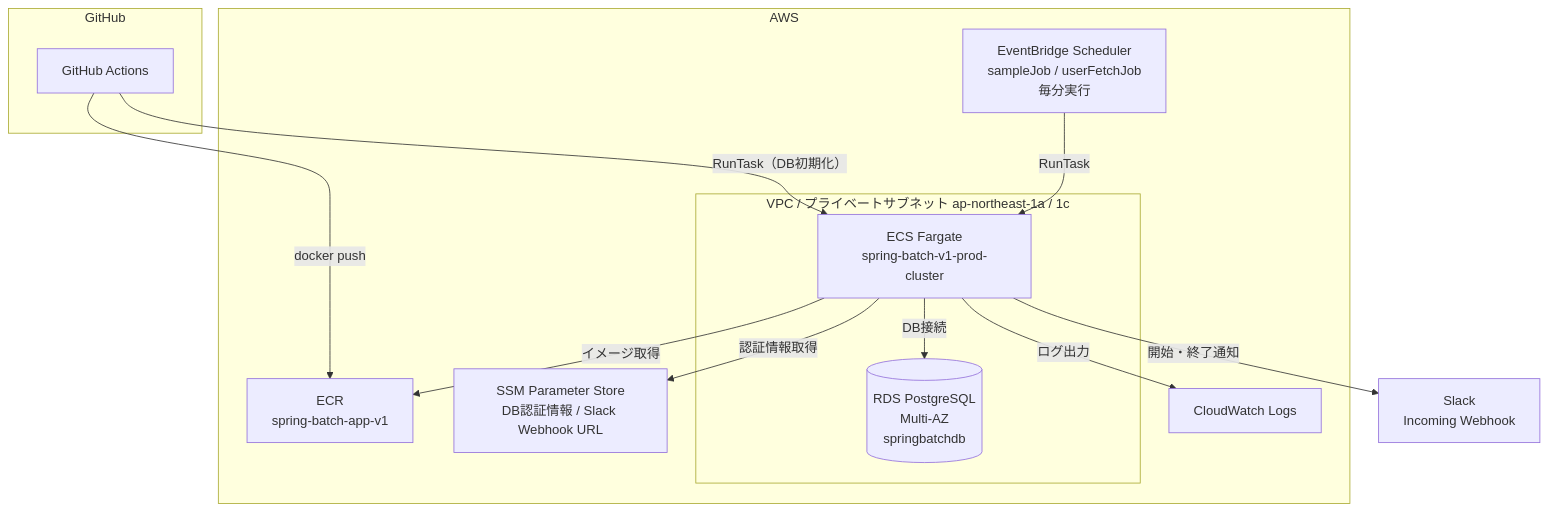
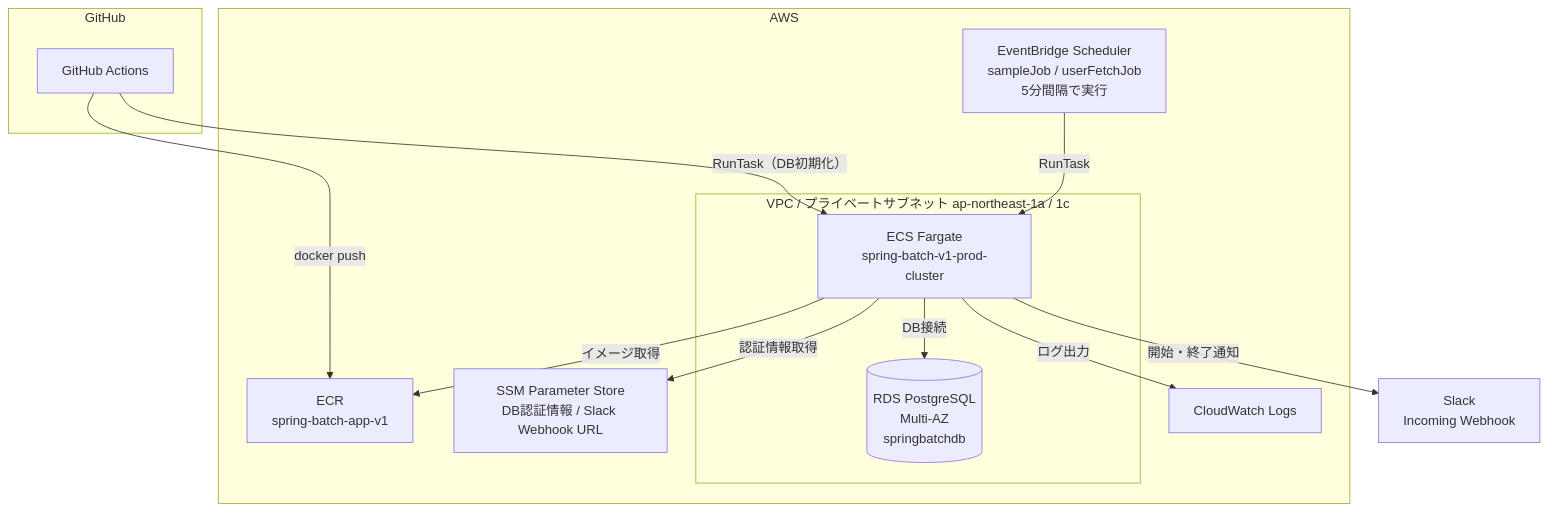
One commit to sukunahikona/spring-batch-v1-monorepo changed the diagram in infra/README.md. Above: the diagram before and after it, drawn with Mermaid. The commit also changed other lines of this file and 1 other file, not shown here.

First line of the commit message:
EventBridge Schedulerの定期実行を5分間隔に変更

````diff
--- a/infra/README.md
+++ b/infra/README.md
@@ -35,27 +35,27 @@
 ```mermaid
 graph TB
     subgraph GitHub
         GHA[GitHub Actions]
     end
 
     subgraph AWS
         ECR[ECR\nspring-batch-app-v1]
-        EBS[EventBridge Scheduler\nsampleJob / userFetchJob\n毎分実行]
+        EBS[EventBridge Scheduler\nsampleJob / userFetchJob\n5分間隔で実行]
         SSM[SSM Parameter Store\nDB認証情報 / Slack Webhook URL]
         CWL[CloudWatch Logs]
 
         subgraph VPC / プライベートサブネット ap-northeast-1a / 1c
             ECS[ECS Fargate\nspring-batch-v1-prod-cluster]
             RDS[(RDS PostgreSQL\nMulti-AZ\nspringbatchdb)]
         end
     end
 
     GHA -->|docker push| ECR
     GHA -->|RunTask（DB初期化）| ECS
     EBS -->|RunTask| ECS
     ECS -->|イメージ取得| ECR
     ECS -->|認証情報取得| SSM
     ECS -->|DB接続| RDS
     ECS -->|ログ出力| CWL
     ECS -->|開始・終了通知| SLACK[Slack\nIncoming Webhook]
 ```
````
